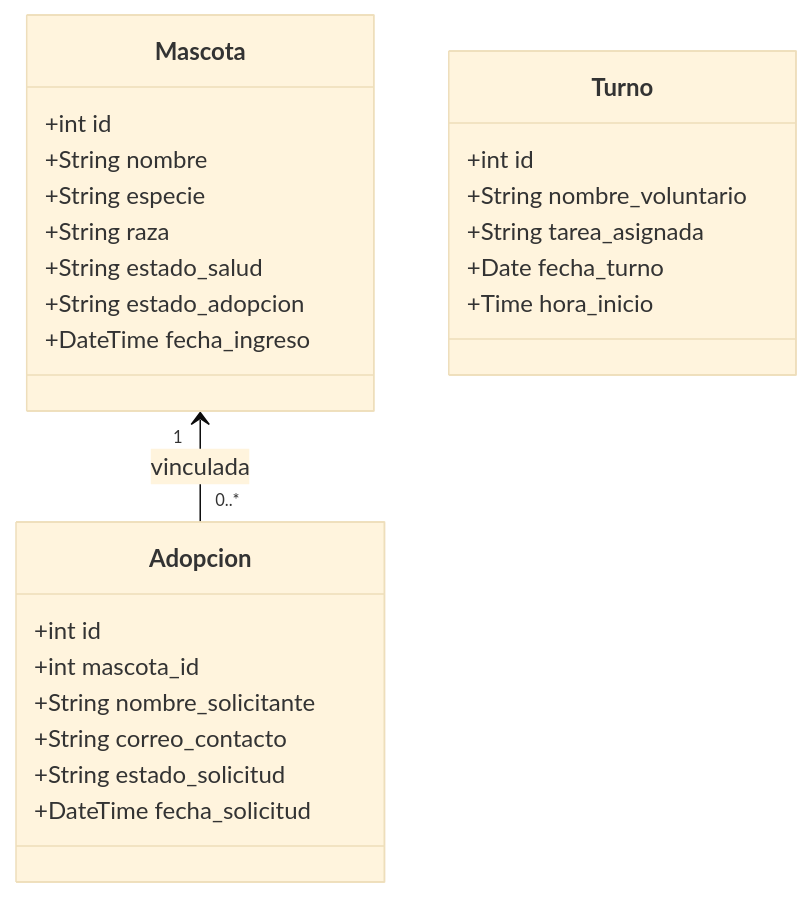
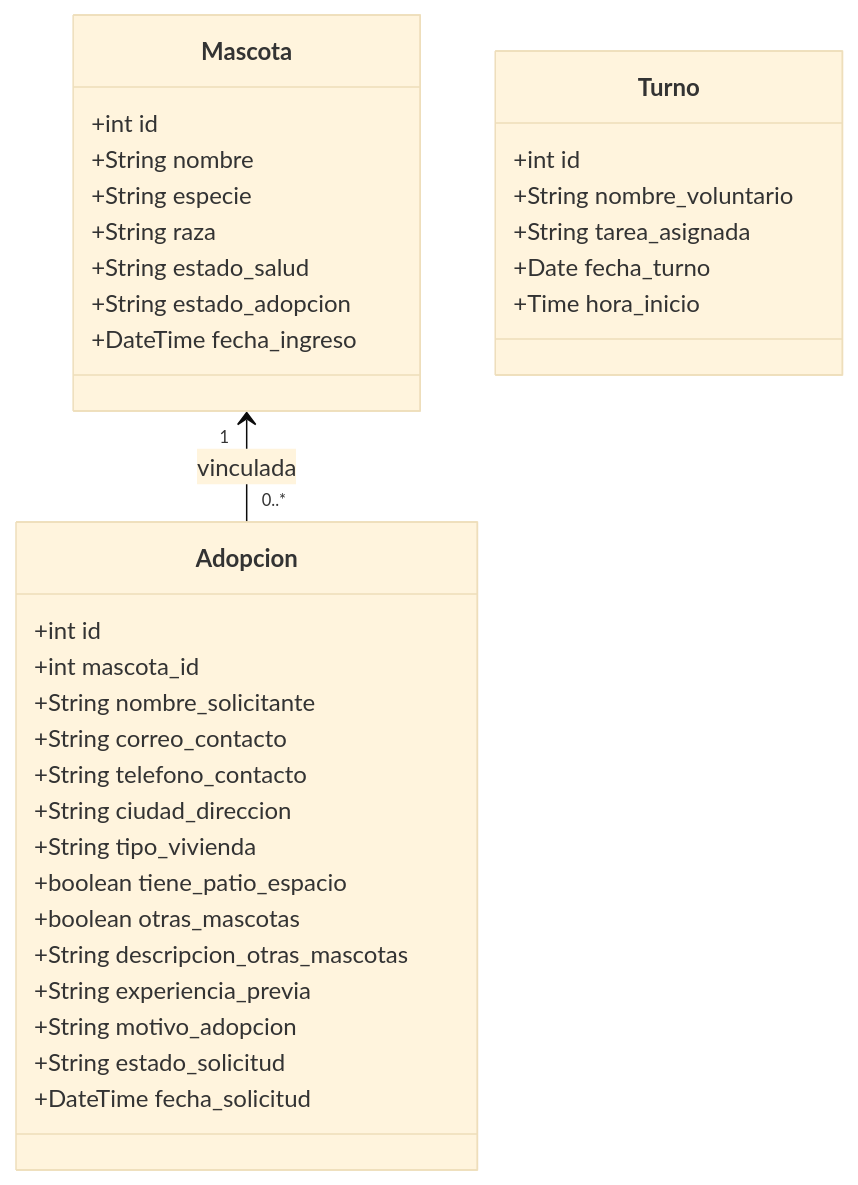
The first of 2 diagrams in README.md (AriFtw03/LP-Proyecto-2doParcial), drawn with Mermaid (base theme) before and after one commit. The commit also changed 11 other files, not shown here.

````diff
--- a/README.md
+++ b/README.md
@@ -24,31 +24,39 @@
 ```mermaid
 classDiagram
     class Mascota {
         +int id
         +String nombre
         +String especie
         +String raza
         +String estado_salud
         +String estado_adopcion
         +DateTime fecha_ingreso
     }
 
     class Adopcion {
         +int id
         +int mascota_id
         +String nombre_solicitante
         +String correo_contacto
+        +String telefono_contacto
+        +String ciudad_direccion
+        +String tipo_vivienda
+        +boolean tiene_patio_espacio
+        +boolean otras_mascotas
+        +String descripcion_otras_mascotas
+        +String experiencia_previa
+        +String motivo_adopcion
         +String estado_solicitud
         +DateTime fecha_solicitud
     }
 
     class Turno {
         +int id
         +String nombre_voluntario
         +String tarea_asignada
         +Date fecha_turno
         +Time hora_inicio
     }
 
     Mascota "1" <-- "0..*" Adopcion : vinculada
 ```
````
